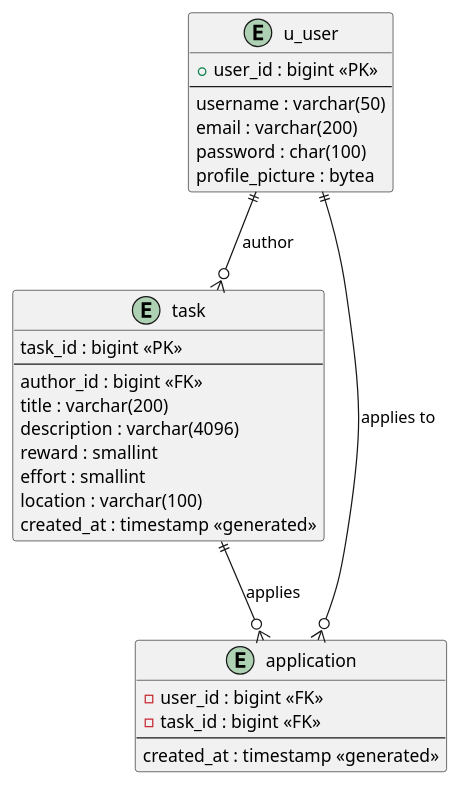
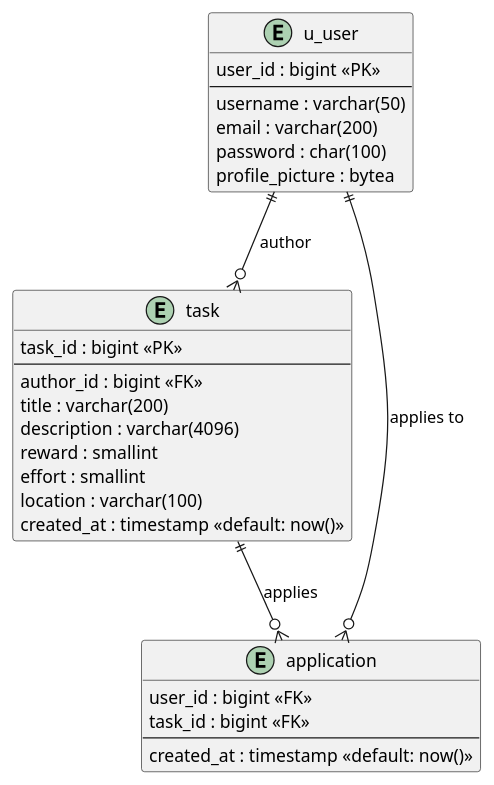
Before and after one commit to 2425-3ahitm-itp/02-projekte-helpr: the diagram in hugo/content/docs/datamodel/datamodel.puml, drawn with PlantUML.

Commit message:
docs: update hugo datamodel #helpr-23 To Verify

```diff
--- a/hugo/content/docs/datamodel/datamodel.puml
+++ b/hugo/content/docs/datamodel/datamodel.puml
@@ -1,39 +1,39 @@
 @startuml
 
 
 entity u_user {
-    + user_id : bigint <<PK>>
+    user_id : bigint <<PK>>
     --
     username : varchar(50)
     email : varchar(200)
     password : char(100)
     profile_picture : bytea
 }
 
 entity task {
     task_id : bigint <<PK>>
     --
     author_id : bigint <<FK>>
     title : varchar(200)
     description : varchar(4096)
     reward : smallint
     effort : smallint
     location : varchar(100)
-    created_at : timestamp <<generated>>
+    created_at : timestamp <<default: now()>>
 }
 
 
 entity application {
-  - user_id : bigint <<FK>>
-  - task_id : bigint <<FK>>
+  user_id : bigint <<FK>>
+  task_id : bigint <<FK>>
   --
-  created_at : timestamp <<generated>>
+  created_at : timestamp <<default: now()>>
 }
 
 u_user ||--o{ task : "author"
 
 task ||--o{ application : "applies"
 application }o--|| u_user : "applies to"
 
 
 @enduml
```
